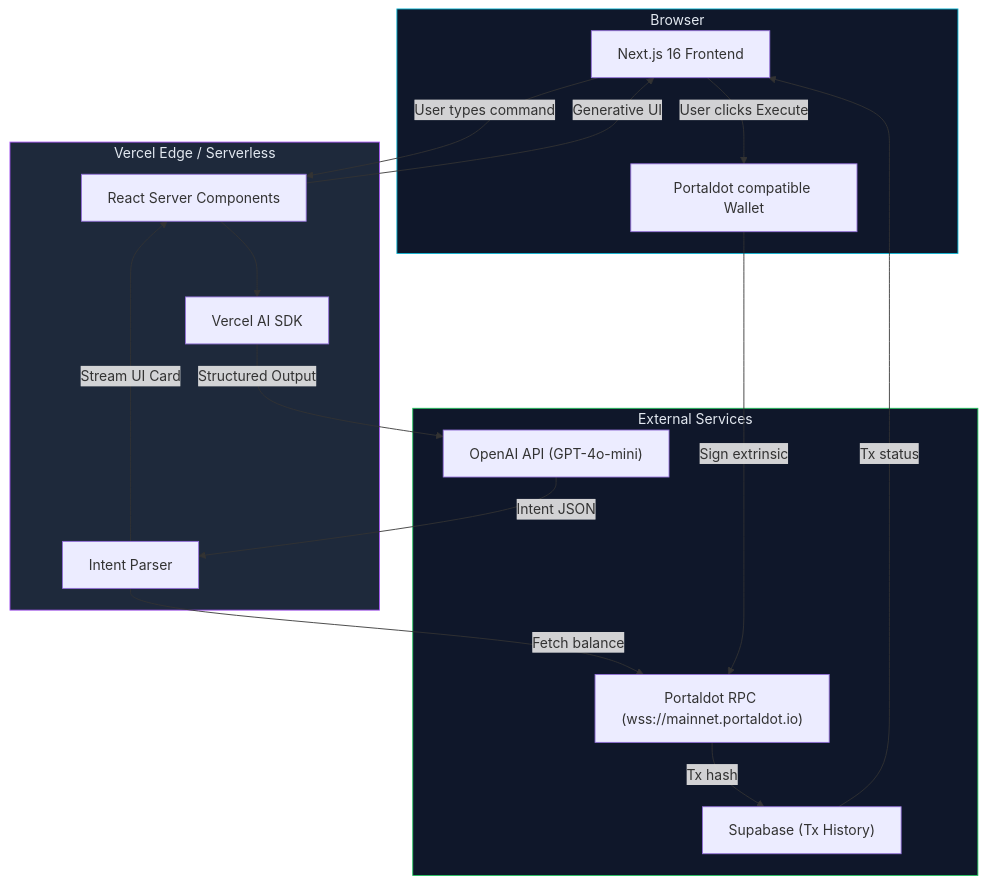
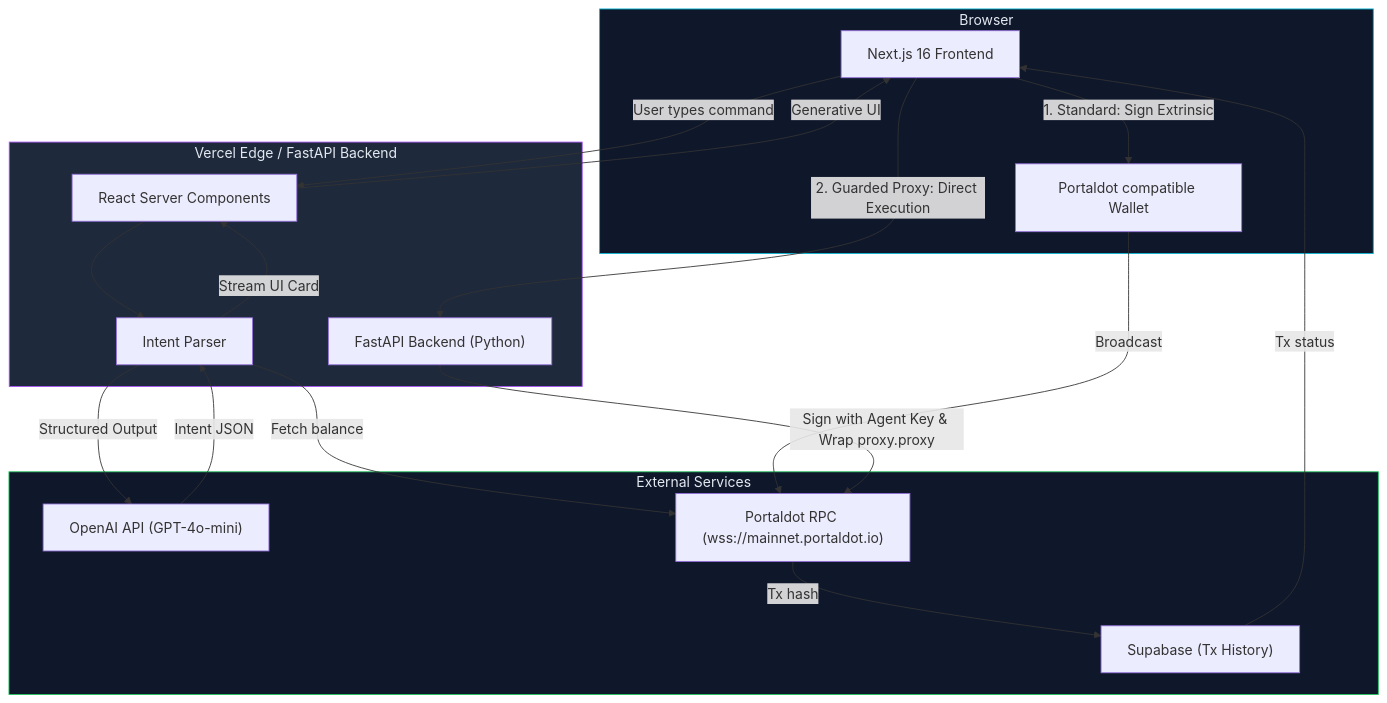
The first of 3 diagrams in README.md (edycutjong/portaldot-hackathon-2026-potdo-edycu), drawn with Mermaid before and after one commit. The commit also changed other lines of this file, not shown here.

Commit message:
docs: audit and update README.md to include Guarded Proxy architecture and Python API layer details

````diff
--- a/README.md
+++ b/README.md
@@ -114,35 +120,40 @@
 ```mermaid
 graph TB
     subgraph Client["Browser"]
         UI["Next.js 16 Frontend"]
         Wallet["Portaldot compatible Wallet"]
     end
 
-    subgraph Server["Vercel Edge / Serverless"]
+    subgraph Server["Vercel Edge / FastAPI Backend"]
         RSC["React Server Components"]
-        AI["Vercel AI SDK"]
+        API["FastAPI Backend (Python)"]
         Parser["Intent Parser"]
     end
 
     subgraph External["External Services"]
         OpenAI["OpenAI API (GPT-4o-mini)"]
         RPC["Portaldot RPC (wss://mainnet.portaldot.io)"]
         Supa["Supabase (Tx History)"]
     end
 
     UI -->|"User types command"| RSC
-    RSC --> AI
-    AI -->|"Structured Output"| OpenAI
+    RSC --> Parser
+    Parser -->|"Structured Output"| OpenAI
     OpenAI -->|"Intent JSON"| Parser
     Parser -->|"Fetch balance"| RPC
     Parser -->|"Stream UI Card"| RSC
     RSC -->|"Generative UI"| UI
-    UI -->|"User clicks Execute"| Wallet
-    Wallet -->|"Sign extrinsic"| RPC
+    
+    UI -->|"1. Standard: Sign Extrinsic"| Wallet
+    Wallet -->|"Broadcast"| RPC
+    
+    UI -->|"2. Guarded Proxy: Direct Execution"| API
+    API -->|"Sign with Agent Key & Wrap proxy.proxy"| RPC
+    
     RPC -->|"Tx hash"| Supa
     Supa -->|"Tx status"| UI
 
     style Client fill:#0f172a,color:#e2e8f0,stroke:#06b6d4
     style Server fill:#1e293b,color:#e2e8f0,stroke:#a855f7
     style External fill:#0f172a,color:#e2e8f0,stroke:#22c55e
 ```
````
